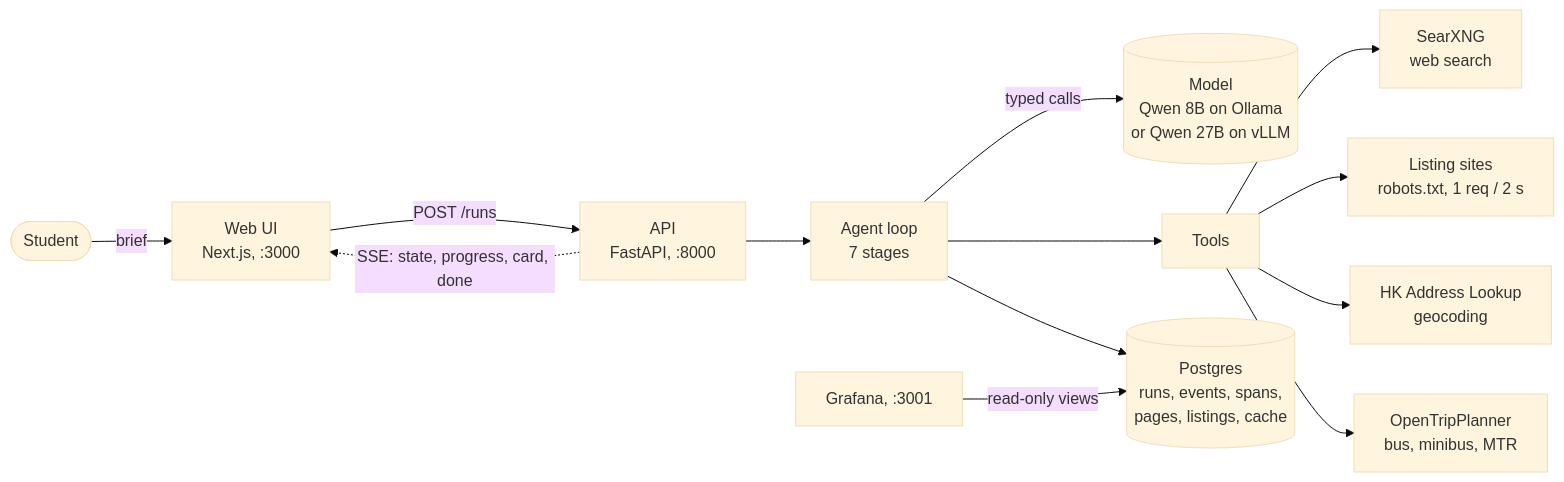
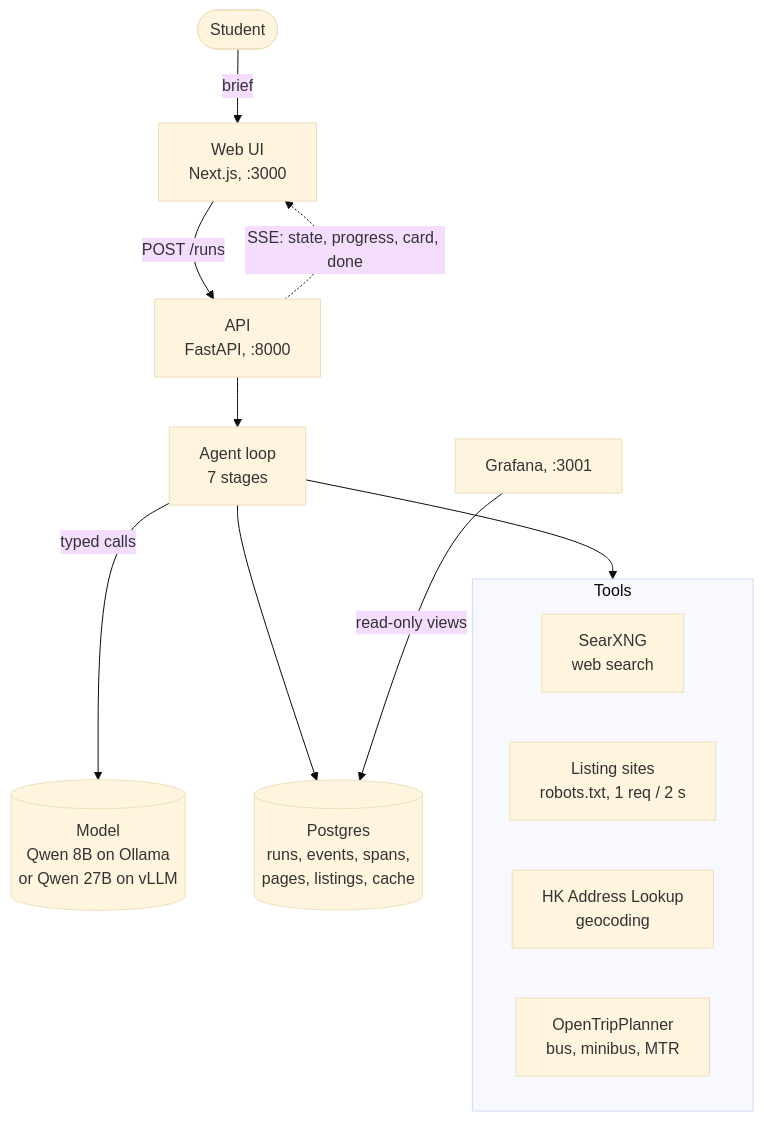
One commit to flatjai/flatjai changed the first of 3 diagrams in docs/architecture.md. Above: the diagram before and after it, drawn with Mermaid (base theme). The commit also changed other lines of this file and 5 other files, not shown here.

````diff
--- a/docs/architecture.md
+++ b/docs/architecture.md
@@ -11,15 +11,18 @@
 ```mermaid
-flowchart LR
+flowchart TB
     student([Student]) -->|brief| web[Web UI<br/>Next.js, :3000]
     web -->|POST /runs| api[API<br/>FastAPI, :8000]
     api -.->|SSE: state, progress, card, done| web
     api --> agent[Agent loop<br/>7 stages]
     agent -->|typed calls| model[(Model<br/>Qwen 8B on Ollama<br/>or Qwen 27B on vLLM)]
-    agent --> tools[Tools]
-    tools --> searxng[SearXNG<br/>web search]
-    tools --> portals[Listing sites<br/>robots.txt, 1 req / 2 s]
-    tools --> als[HK Address Lookup<br/>geocoding]
-    tools --> otp[OpenTripPlanner<br/>bus, minibus, MTR]
+    agent --> tools
     agent --> pg[(Postgres<br/>runs, events, spans,<br/>pages, listings, cache)]
+    subgraph tools [Tools]
+        direction LR
+        searxng[SearXNG<br/>web search]
+        portals[Listing sites<br/>robots.txt, 1 req / 2 s]
+        als[HK Address Lookup<br/>geocoding]
+        otp[OpenTripPlanner<br/>bus, minibus, MTR]
+    end
     grafana[Grafana, :3001] -->|read-only views| pg
 ```
````
